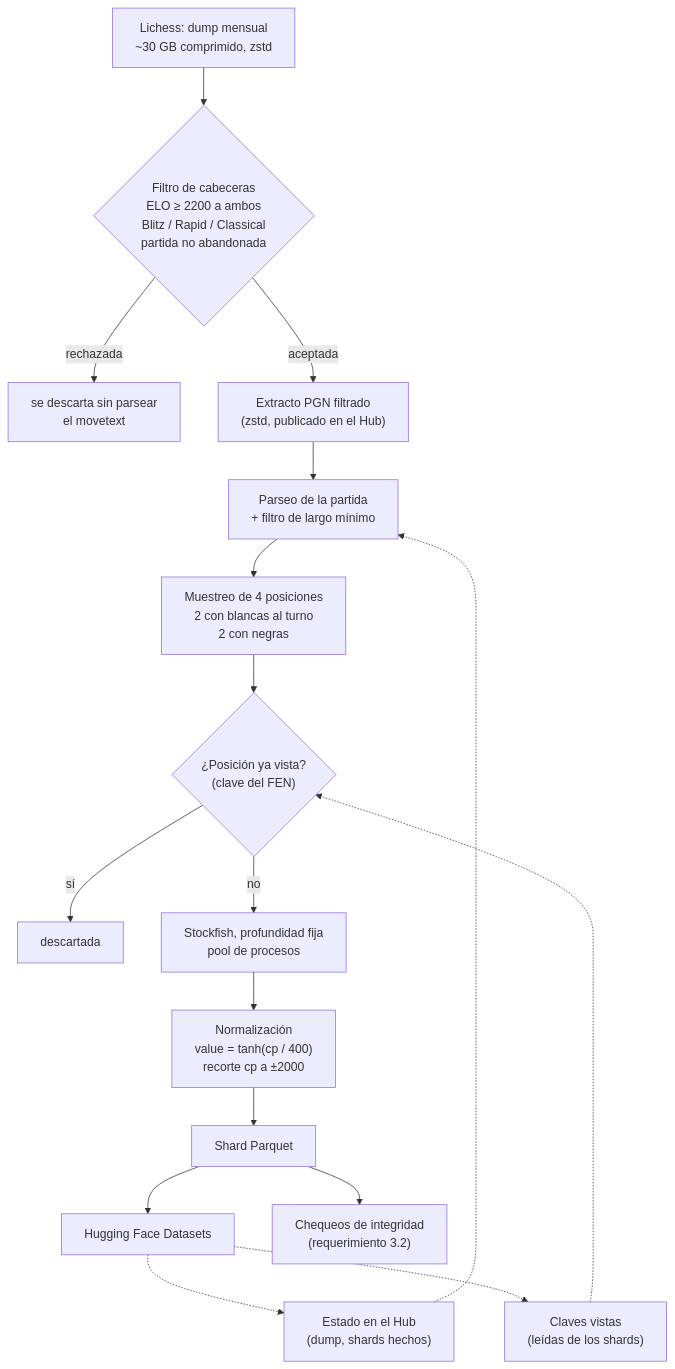
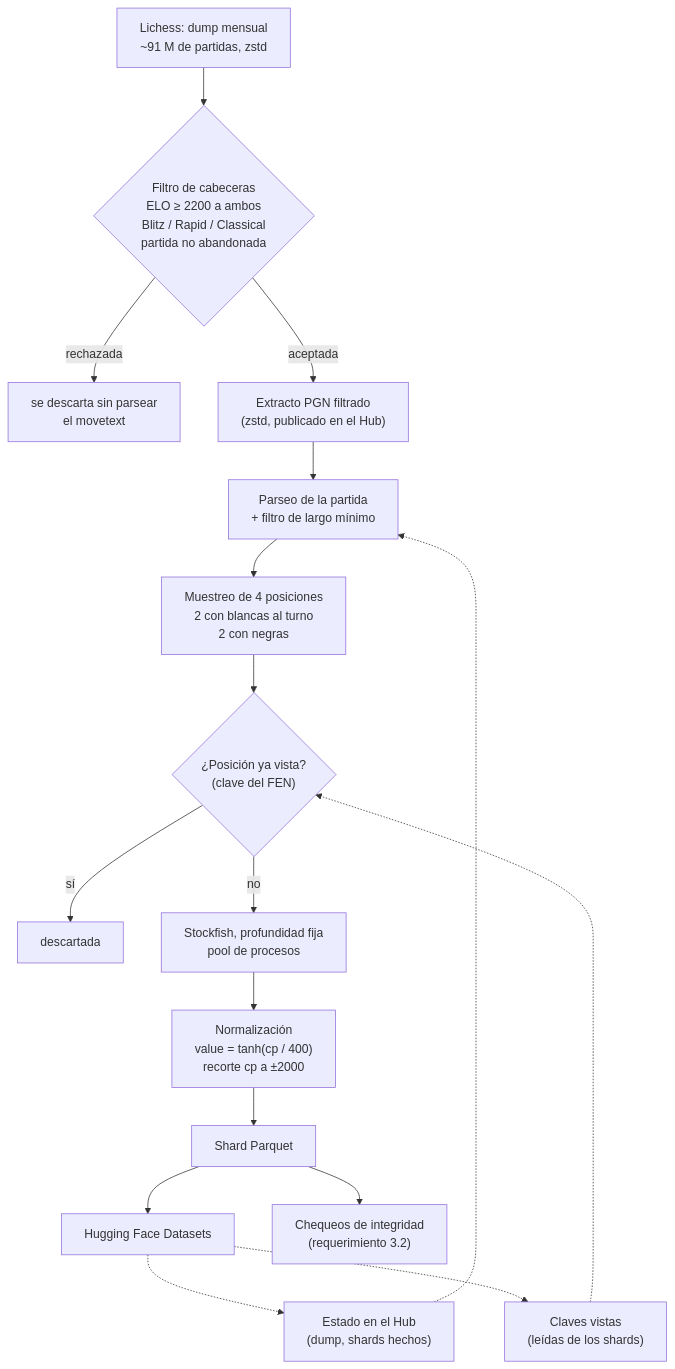
Before and after one commit to zFonta/CEIA-TF-Chess-DL: the diagram in docs/pipeline.md, drawn with Mermaid. The commit also changed other lines of this file and 5 other files, not shown here.

````diff
--- a/docs/pipeline.md
+++ b/docs/pipeline.md
@@ -9,22 +9,22 @@
 ```mermaid
 flowchart TD
-    A["Lichess: dump mensual<br/>~30 GB comprimido, zstd"] --> B{"Filtro de cabeceras<br/>ELO ≥ 2200 a ambos<br/>Blitz / Rapid / Classical<br/>partida no abandonada"}
+    A["Lichess: dump mensual<br/>~91 M de partidas, zstd"] --> B{"Filtro de cabeceras<br/>ELO ≥ 2200 a ambos<br/>Blitz / Rapid / Classical<br/>partida no abandonada"}
     B -->|rechazada| B1["se descarta sin parsear<br/>el movetext"]
     B -->|aceptada| C["Extracto PGN filtrado<br/>(zstd, publicado en el Hub)"]
 
     C --> D["Parseo de la partida<br/>+ filtro de largo mínimo"]
     D --> E["Muestreo de 4 posiciones<br/>2 con blancas al turno<br/>2 con negras"]
     E --> F{"¿Posición ya vista?<br/>(clave del FEN)"}
     F -->|sí| F1["descartada"]
     F -->|no| G["Stockfish, profundidad fija<br/>pool de procesos"]
 
     G --> H["Normalización<br/>value = tanh(cp / 400)<br/>recorte cp a ±2000"]
     H --> I["Shard Parquet"]
     I --> J["Hugging Face Datasets"]
     I --> K["Chequeos de integridad<br/>(requerimiento 3.2)"]
 
     J -.-> L["Estado en el Hub<br/>(dump, shards hechos)"]
     J -.-> M["Claves vistas<br/>(leídas de los shards)"]
     L -.-> D
     M -.-> F
 ```
````
